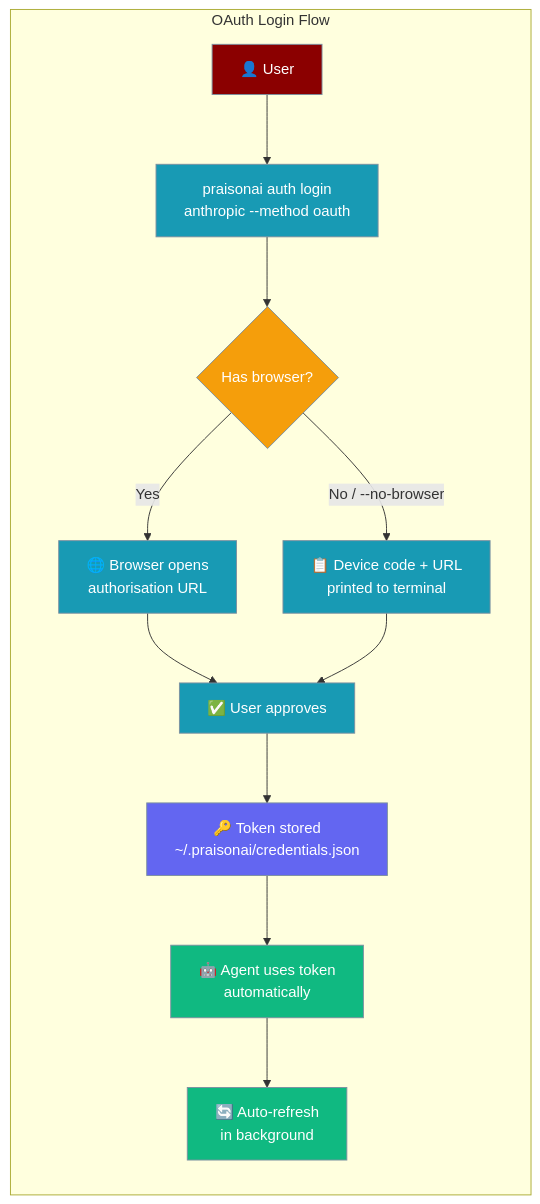
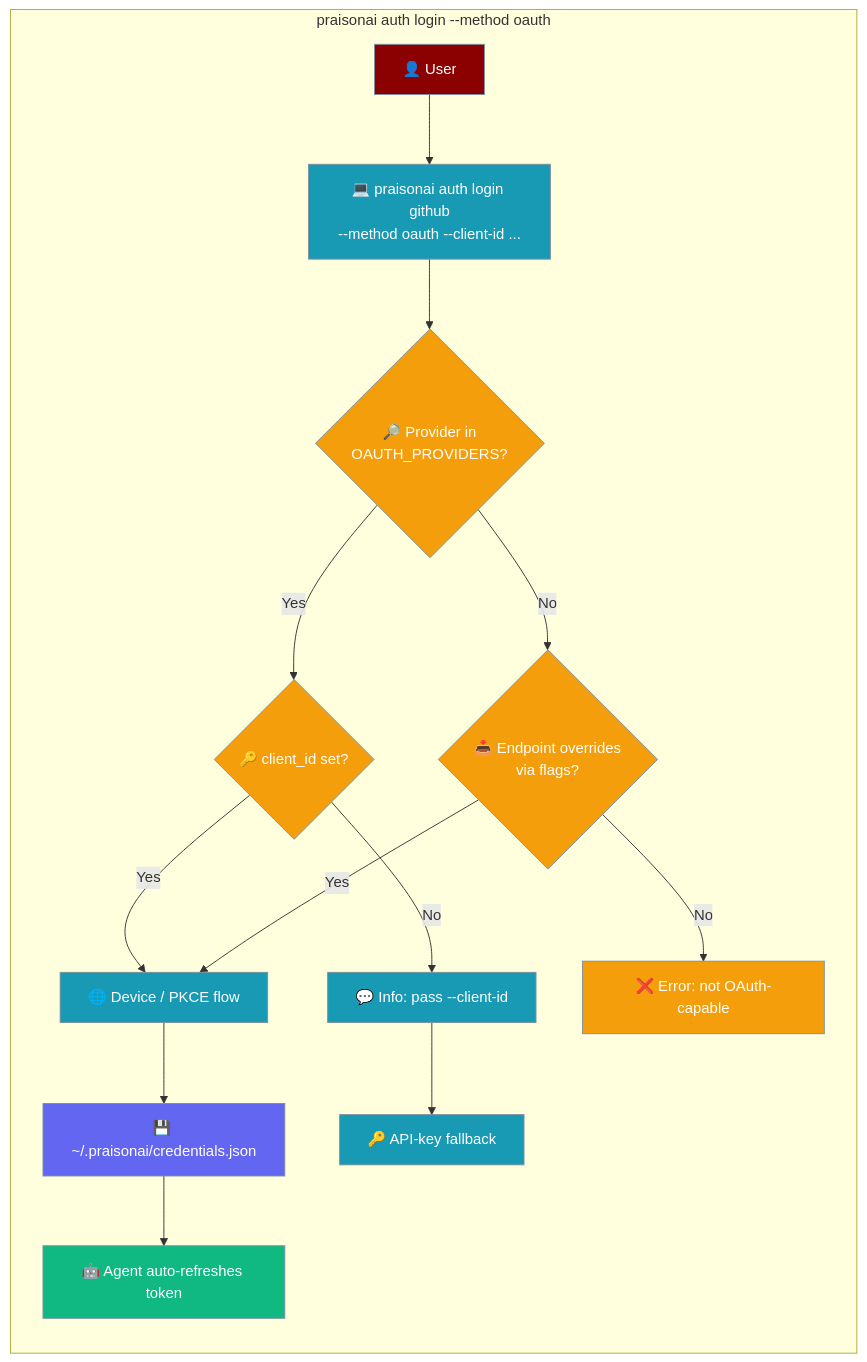
One commit to MervinPraison/PraisonAIDocs changed the first of 2 diagrams in docs/features/cli-oauth-login.mdx. Above: the diagram before and after it, drawn with Mermaid. The commit also changed other lines of this file and 1 other file, not shown here.

First line of the commit message:
docs: update auth OAuth registry (github/google/gemini/azure) and new --client-id flags (fixes #1789)

````diff
--- a/docs/features/cli-oauth-login.mdx
+++ b/docs/features/cli-oauth-login.mdx
@@ -24,26 +24,29 @@
 ```mermaid
 graph LR
-    subgraph "OAuth Login Flow"
-        U[👤 User] --> L[praisonai auth login\nanthropic --method oauth]
-        L --> DC{Has browser?}
-        DC -->|Yes| BR[🌐 Browser opens\nauthorisation URL]
-        DC -->|No / --no-browser| VC[📋 Device code + URL\nprinted to terminal]
-        BR --> AP[✅ User approves]
-        VC --> AP
-        AP --> TK[🔑 Token stored\n~/.praisonai/credentials.json]
-        TK --> AG[🤖 Agent uses token\nautomatically]
-        AG --> RF[🔄 Auto-refresh\nin background]
+    subgraph "praisonai auth login --method oauth"
+        U[👤 User] --> Cmd[💻 praisonai auth login github<br/>--method oauth --client-id ...]
+        Cmd --> Reg{🔎 Provider in<br/>OAUTH_PROVIDERS?}
+        Reg -->|Yes| Cid{🔑 client_id set?}
+        Reg -->|No| Ovr{📥 Endpoint overrides<br/>via flags?}
+        Cid -->|Yes| Flow[🌐 Device / PKCE flow]
+        Cid -->|No| Hint[💬 Info: pass --client-id]
+        Ovr -->|Yes| Flow
+        Ovr -->|No| Fail[❌ Error: not OAuth-capable]
+        Flow --> Store[💾 ~/.praisonai/credentials.json]
+        Hint --> APIKey[🔑 API-key fallback]
+        Store --> Agent[🤖 Agent auto-refreshes token]
     end
 
     classDef user fill:#8B0000,stroke:#7C90A0,color:#fff
-    classDef cmd fill:#189AB4,stroke:#7C90A0,color:#fff
+    classDef process fill:#189AB4,stroke:#7C90A0,color:#fff
     classDef decision fill:#F59E0B,stroke:#7C90A0,color:#fff
-    classDef success fill:#10B981,stroke:#7C90A0,color:#fff
+    classDef ok fill:#10B981,stroke:#7C90A0,color:#fff
     classDef store fill:#6366F1,stroke:#7C90A0,color:#fff
 
     class U user
-    class L,BR,VC,AP cmd
-    class DC decision
-    class AG,RF success
-    class TK store
+    class Cmd,Flow,Hint,APIKey process
+    class Reg,Cid,Ovr decision
+    class Agent ok
+    class Store store
+    class Fail decision
 ```
````
